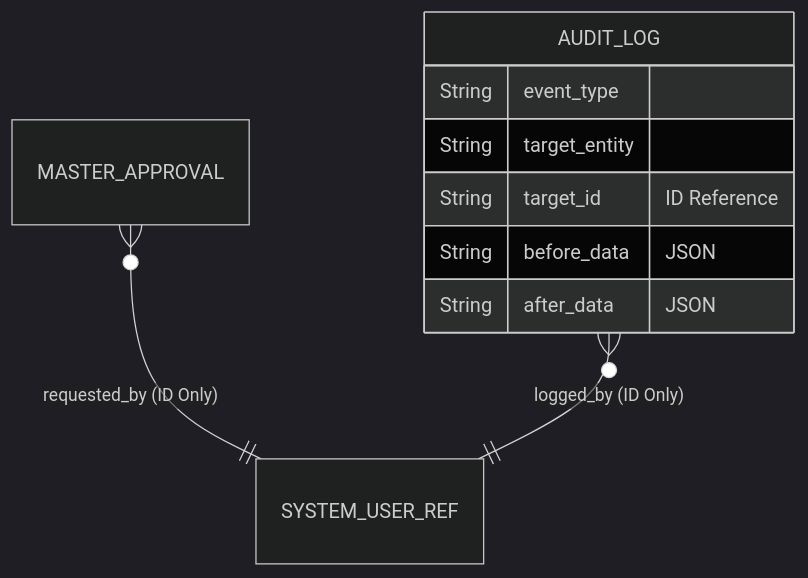
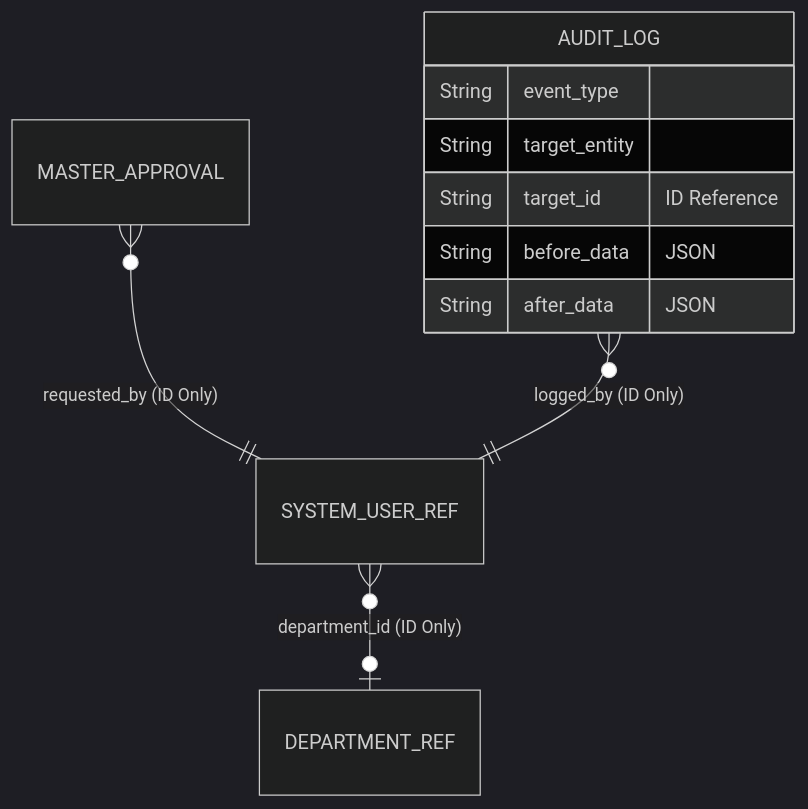
Before and after one commit to skyg547/account: the diagram in governance/docs/schema.md, drawn with Mermaid (dark theme). The commit also changed other lines of this file and 6 other files, not shown here.

Commit message:
fix: decouple governance system user department reference

````diff
--- a/governance/docs/schema.md
+++ b/governance/docs/schema.md
@@ -7,12 +7,13 @@
 ```mermaid
 erDiagram
     MASTER_APPROVAL }o--|| SYSTEM_USER_REF : "requested_by (ID Only)"
     AUDIT_LOG }o--|| SYSTEM_USER_REF : "logged_by (ID Only)"
+    SYSTEM_USER_REF }o--o| DEPARTMENT_REF : "department_id (ID Only)"
     AUDIT_LOG {
         String event_type
         String target_entity
         String target_id "ID Reference"
         String before_data "JSON"
         String after_data "JSON"
     }
 ```
````
